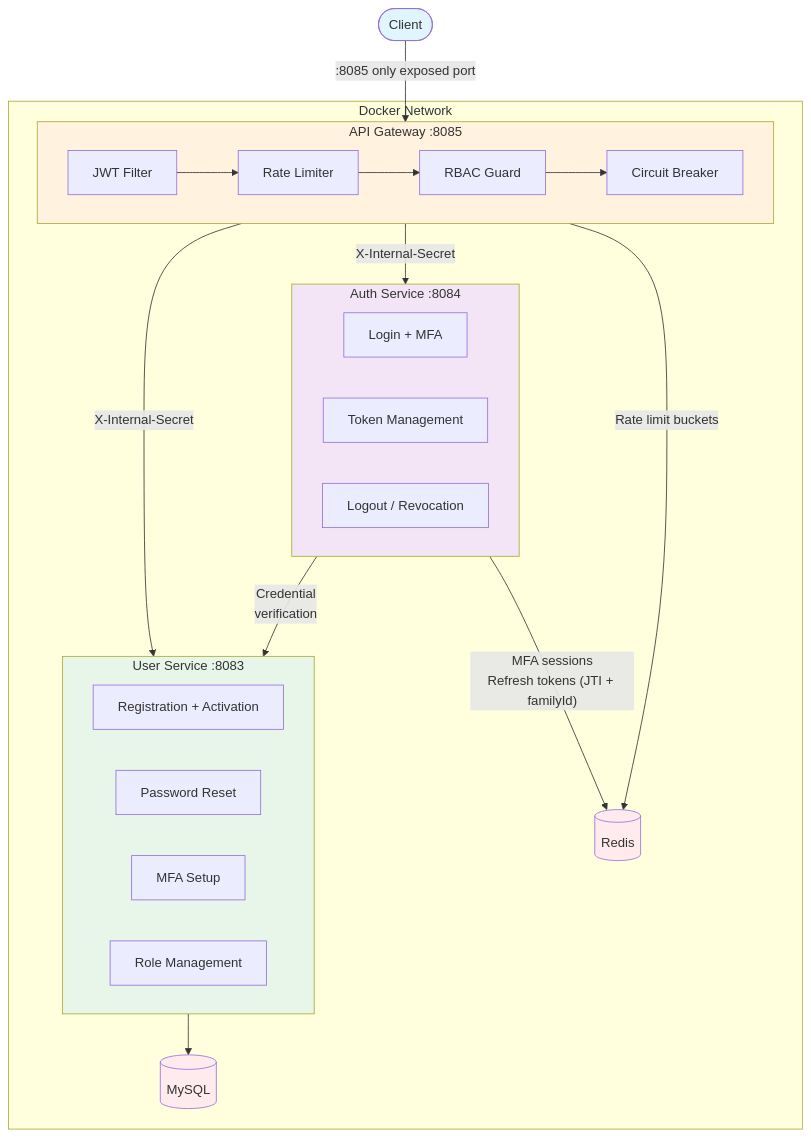
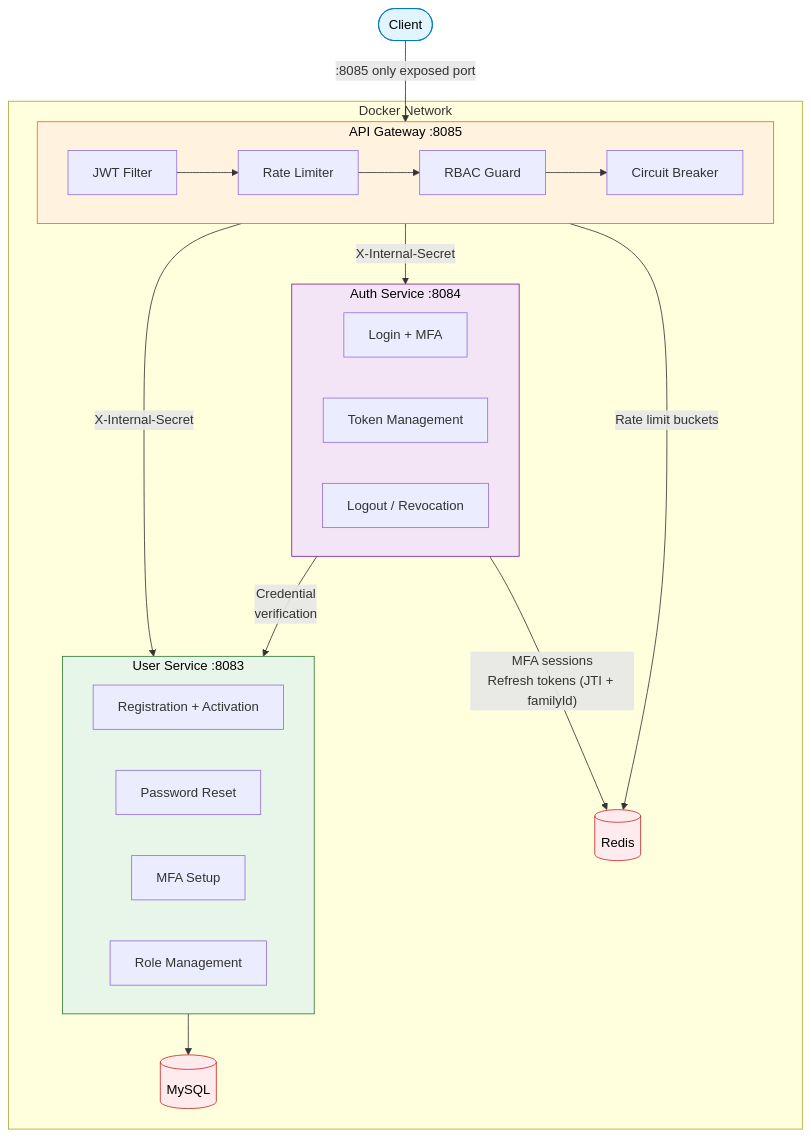
One commit to mrzodeczko-dev/security-platform changed the diagram in README.md. Above: the diagram before and after it, drawn with Mermaid.

Commit message:
style: update diagram colors and strokes for better visibility

````diff
--- a/README.md
+++ b/README.md
@@ -17,52 +17,52 @@
 ```mermaid
 graph TB
     Client(["Client"])
 
     subgraph Docker Network
         subgraph Gateway["API Gateway :8085"]
             JWT_FILTER[JWT Filter]
             RATE_LIMIT[Rate Limiter]
             RBAC[RBAC Guard]
             CIRCUIT[Circuit Breaker]
         end
 
         subgraph Auth["Auth Service :8084"]
             LOGIN[Login + MFA]
             TOKEN[Token Management]
             LOGOUT[Logout / Revocation]
         end
 
         subgraph User["User Service :8083"]
             REG[Registration + Activation]
             RESET[Password Reset]
             MFA_SETUP[MFA Setup]
             ROLES[Role Management]
         end
 
         REDIS[(Redis)]
         MYSQL[(MySQL)]
     end
 
     Client -->|":8085 only exposed port"| Gateway
 
     JWT_FILTER --> RATE_LIMIT --> RBAC --> CIRCUIT
 
     Gateway -->|"X-Internal-Secret"| Auth
     Gateway -->|"X-Internal-Secret"| User
 
     Auth -->|"MFA sessions
 Refresh tokens (JTI + familyId)"| REDIS
     Gateway -->|"Rate limit buckets"| REDIS
 
     User --> MYSQL
 
     Auth -->|"Credential
 verification"| User
 
-    style Client fill:#e1f5fe
-    style Gateway fill:#fff3e0
-    style Auth fill:#f3e5f5
-    style User fill:#e8f5e9
-    style REDIS fill:#ffebee
-    style MYSQL fill:#ffebee
+    style Client fill:#e1f5fe,stroke:#0277bd,color:#000
+    style Gateway fill:#fff3e0,stroke:#ef6c00,color:#000
+    style Auth fill:#f3e5f5,stroke:#7b1fa2,color:#000
+    style User fill:#e8f5e9,stroke:#2e7d32,color:#000
+    style REDIS fill:#ffebee,stroke:#c62828,color:#000
+    style MYSQL fill:#ffebee,stroke:#c62828,color:#000
 ```
````
